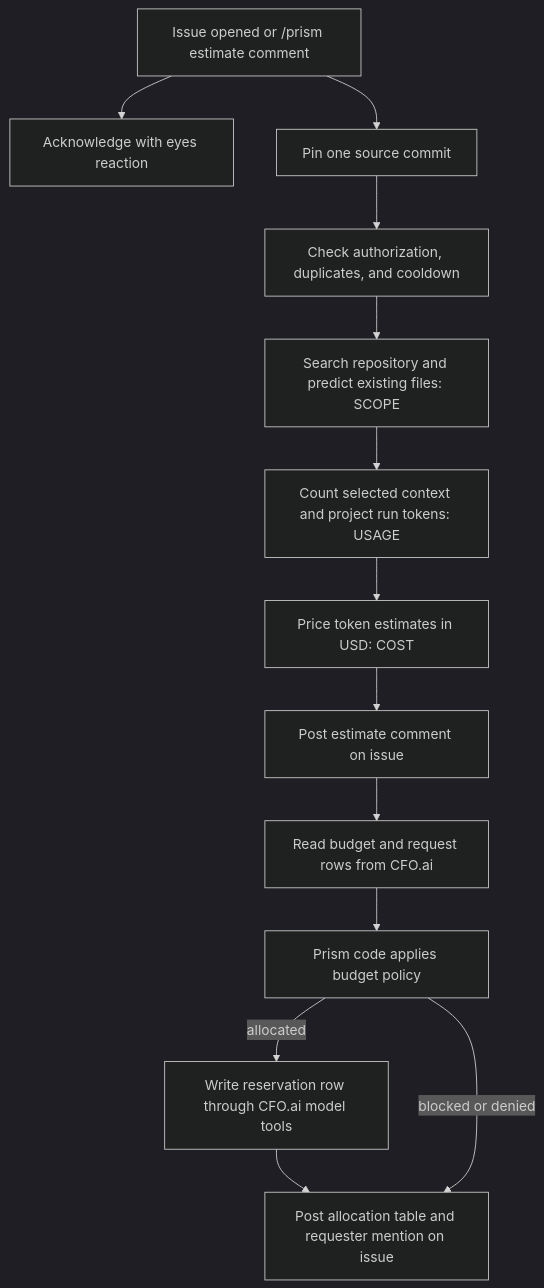
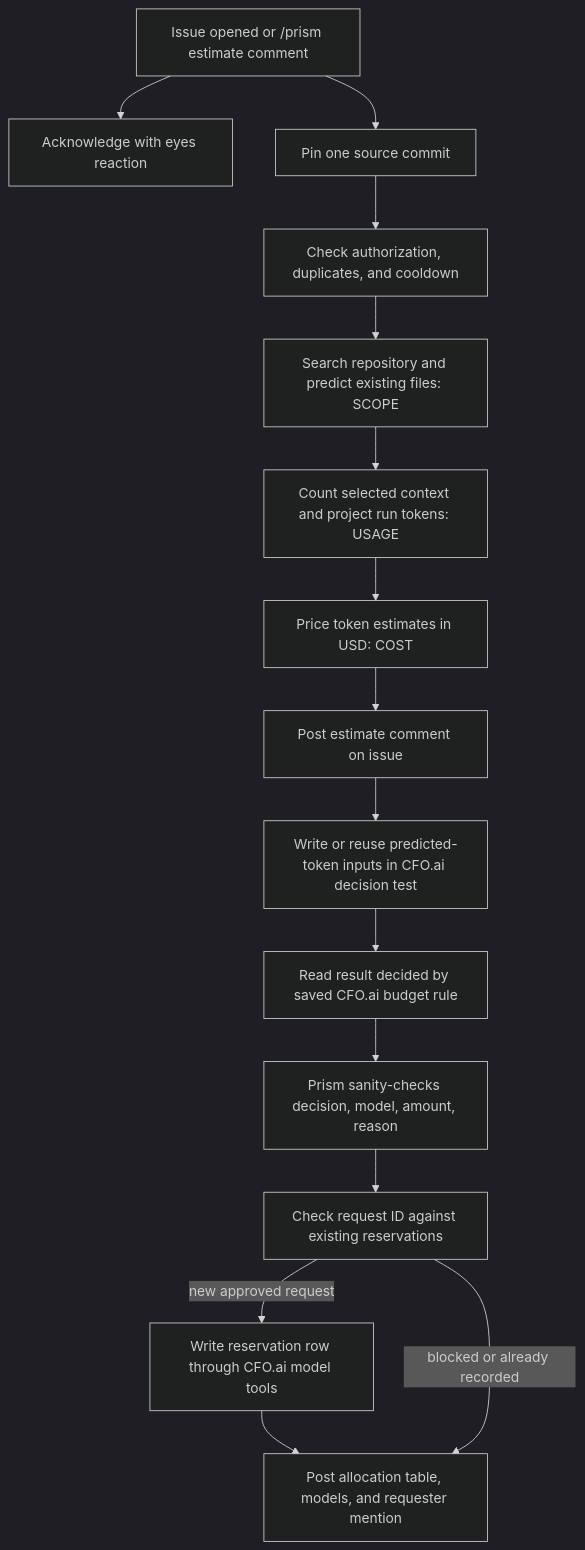
The diagram in README.md (Bhavya031/Prisme), drawn with Mermaid (dark theme) before and after one commit. The commit also changed other lines of this file and 3 other files, not shown here.

Commit message:
docs: align setup with CFO budget rule

````diff
--- a/README.md
+++ b/README.md
@@ -11,15 +11,17 @@
 ```mermaid
 flowchart TD
     A[Issue opened or /prism estimate comment] --> B[Acknowledge with eyes reaction]
     A --> C[Pin one source commit]
     C --> D[Check authorization, duplicates, and cooldown]
     D --> E[Search repository and predict existing files: SCOPE]
     E --> F[Count selected context and project run tokens: USAGE]
     F --> G[Price token estimates in USD: COST]
     G --> H[Post estimate comment on issue]
-    H --> I[Read budget and request rows from CFO.ai]
-    I --> J[Prism code applies budget policy]
-    J -->|allocated| K[Write reservation row through CFO.ai model tools]
-    K --> L[Post allocation table and requester mention on issue]
-    J -->|blocked or denied| L
+    H --> I[Write or reuse predicted-token inputs in CFO.ai decision test]
+    I --> J[Read result decided by saved CFO.ai budget rule]
+    J --> K[Prism sanity-checks decision, model, amount, reason]
+    K --> L[Check request ID against existing reservations]
+    L -->|new approved request| M[Write reservation row through CFO.ai model tools]
+    M --> N[Post allocation table, models, and requester mention]
+    L -->|blocked or already recorded| N
 ```
````
